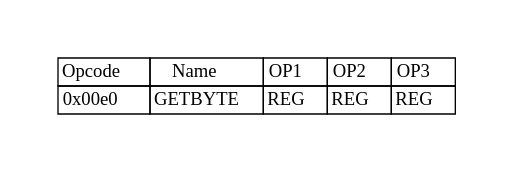
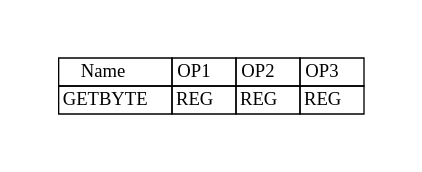
One commit to adesutherland/CREXX changed the diagram in docs/books/crexx_vm_spec/svg/getbyte.gv. Above: the diagram before and after it, drawn with Graphviz. The commit also changed 319 other files, not shown here.

```diff
--- a/docs/books/crexx_vm_spec/svg/getbyte.gv
+++ b/docs/books/crexx_vm_spec/svg/getbyte.gv
@@ -1,9 +1,9 @@
 digraph{
 graph [pad="0.5", nodesep="0.5", ranksep="2" ]
-node[shape=plain]
+node [shape=plain]
 Foo [label=<
 <table border="0" cellborder="1" cellspacing="0">
-<tr><td> Opcode </td> <td> Name </td> <td> OP1 </td><td> OP2 </td><td> OP3 </td> </tr>
-<tr><td> 0x00e0 </td><td> GETBYTE </td><td> REG </td><td> REG </td><td> REG </td> </tr>
+<tr><td> Name </td> <td> OP1 </td><td> OP2 </td><td> OP3 </td> </tr>
+<tr><td> GETBYTE </td><td> REG </td><td> REG </td><td> REG </td> </tr>
 </table>>];
 }
```
